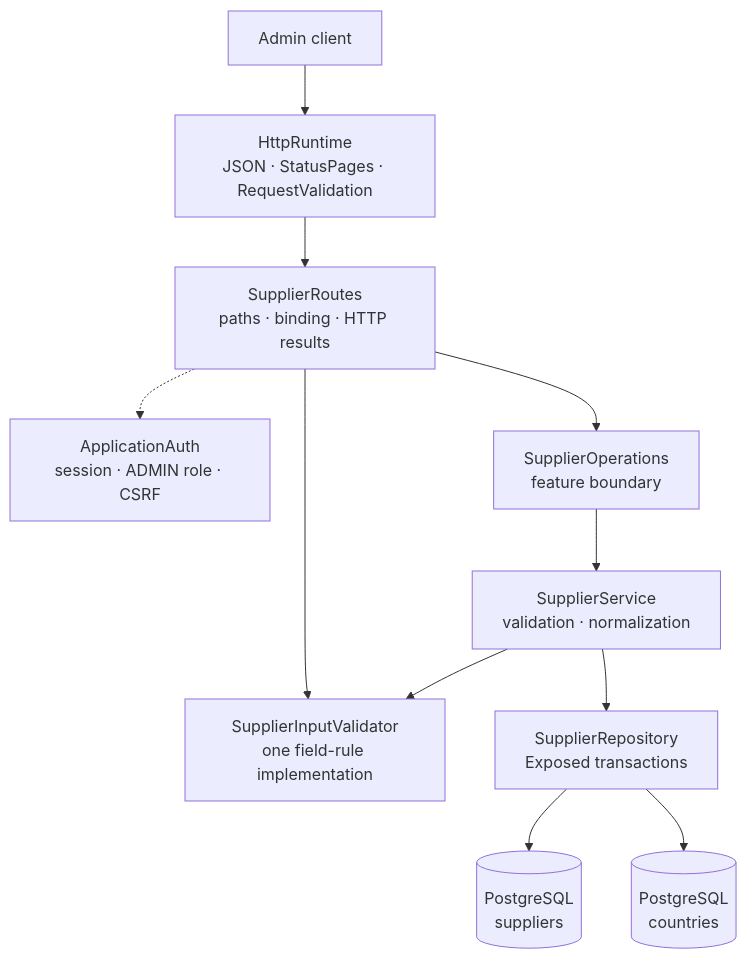
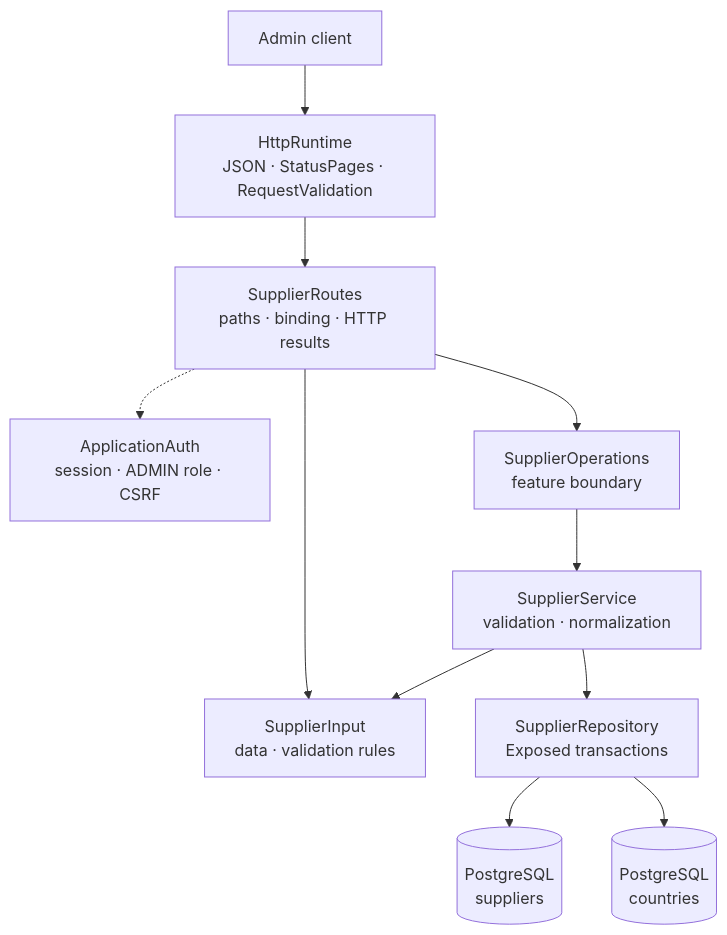
Before and after one commit to bitstorm-tech/voenix-shop-kotlin: the diagram in docs/dev/backend/supplier-package.md, drawn with Mermaid. The commit also changed other lines of this file and 31 other files, not shown here.

````diff
--- a/docs/dev/backend/supplier-package.md
+++ b/docs/dev/backend/supplier-package.md
@@ -20,23 +20,23 @@
 ```mermaid
 flowchart TB
     Client["Admin client"]
     Http["HttpRuntime<br/>JSON · StatusPages · RequestValidation"]
     Auth["ApplicationAuth<br/>session · ADMIN role · CSRF"]
     Routes["SupplierRoutes<br/>paths · binding · HTTP results"]
-    Validator["SupplierInputValidator<br/>one field-rule implementation"]
+    Input["SupplierInput<br/>data · validation rules"]
     Operations["SupplierOperations<br/>feature boundary"]
     Service["SupplierService<br/>validation · normalization"]
     Repository["SupplierRepository<br/>Exposed transactions"]
     Suppliers[("PostgreSQL<br/>suppliers")]
     Countries[("PostgreSQL<br/>countries")]
 
     Client --> Http --> Routes
     Routes -.-> Auth
-    Routes --> Validator
+    Routes --> Input
     Routes --> Operations
     Operations --> Service
-    Service --> Validator
+    Service --> Input
     Service --> Repository
     Repository --> Suppliers
     Repository --> Countries
 ```
````
